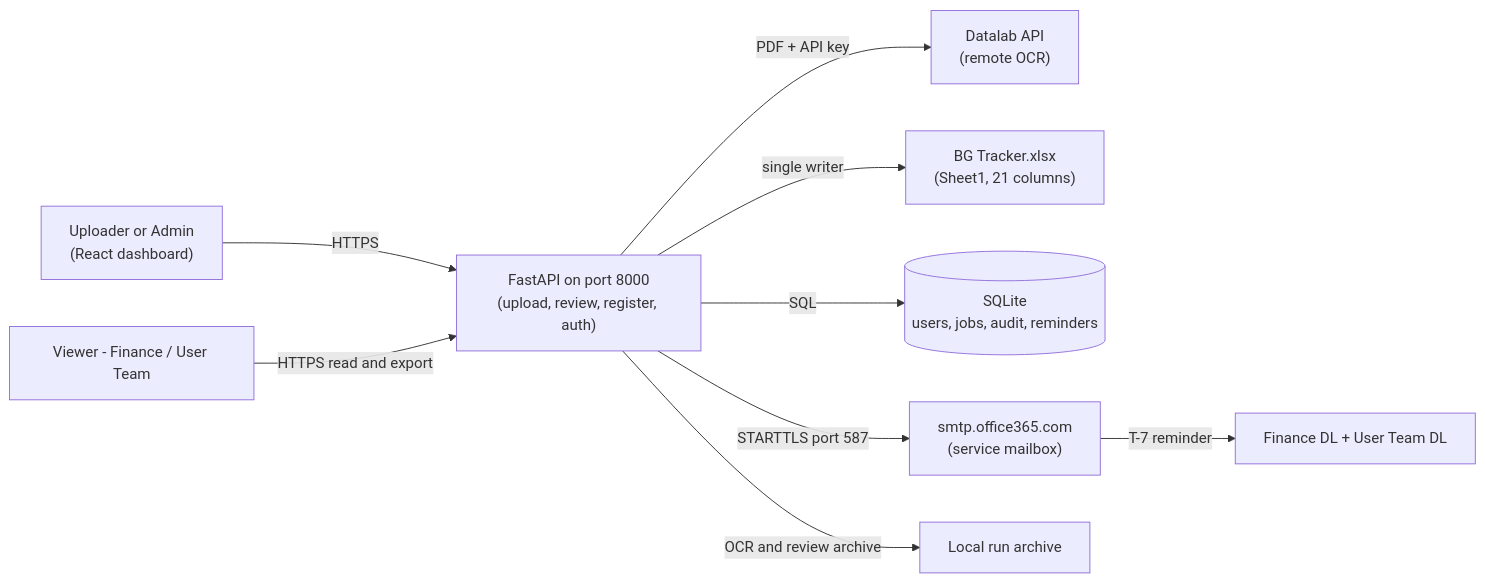
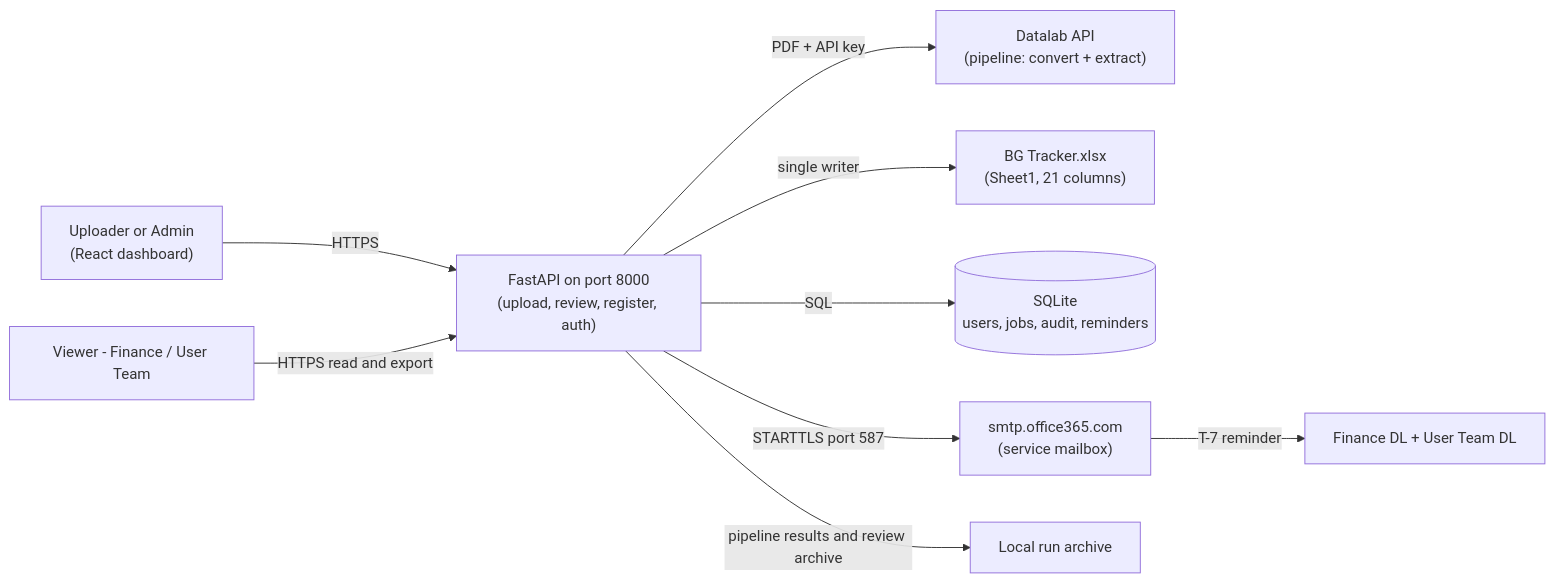
Before and after one commit to LaxmiKhilnani-nhit/Bank-Guarantee-Automation: the first of 3 diagrams in plan/01-architecture.md, drawn with Mermaid. The commit also changed other lines of this file and 22 other files, not shown here.

First line of the commit message:
Move BG extraction to the Datalab pipeline with schema v1

````diff
--- a/plan/01-architecture.md
+++ b/plan/01-architecture.md
@@ -34,11 +34,11 @@
 ```mermaid
 flowchart LR
   Uploader["Uploader or Admin\n(React dashboard)"] -->|HTTPS| API["FastAPI on port 8000\n(upload, review, register, auth)"]
   Viewer["Viewer - Finance / User Team"] -->|HTTPS read and export| API
-  API -->|PDF + API key| DL["Datalab API\n(remote OCR)"]
+  API -->|PDF + API key| DL["Datalab API\n(pipeline: convert + extract)"]
   API -->|single writer| XLSX["BG Tracker.xlsx\n(Sheet1, 21 columns)"]
   API -->|SQL| DB[("SQLite\nusers, jobs, audit, reminders")]
   API -->|STARTTLS port 587| SMTP["smtp.office365.com\n(service mailbox)"]
   SMTP -->|T-7 reminder| DLIST["Finance DL + User Team DL"]
-  API -->|OCR and review archive| STORE["Local run archive"]
+  API -->|pipeline results and review archive| STORE["Local run archive"]
 ```
````
